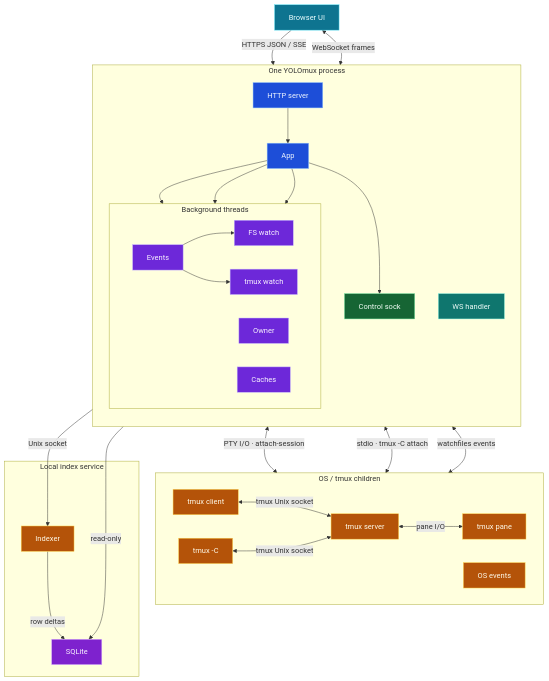
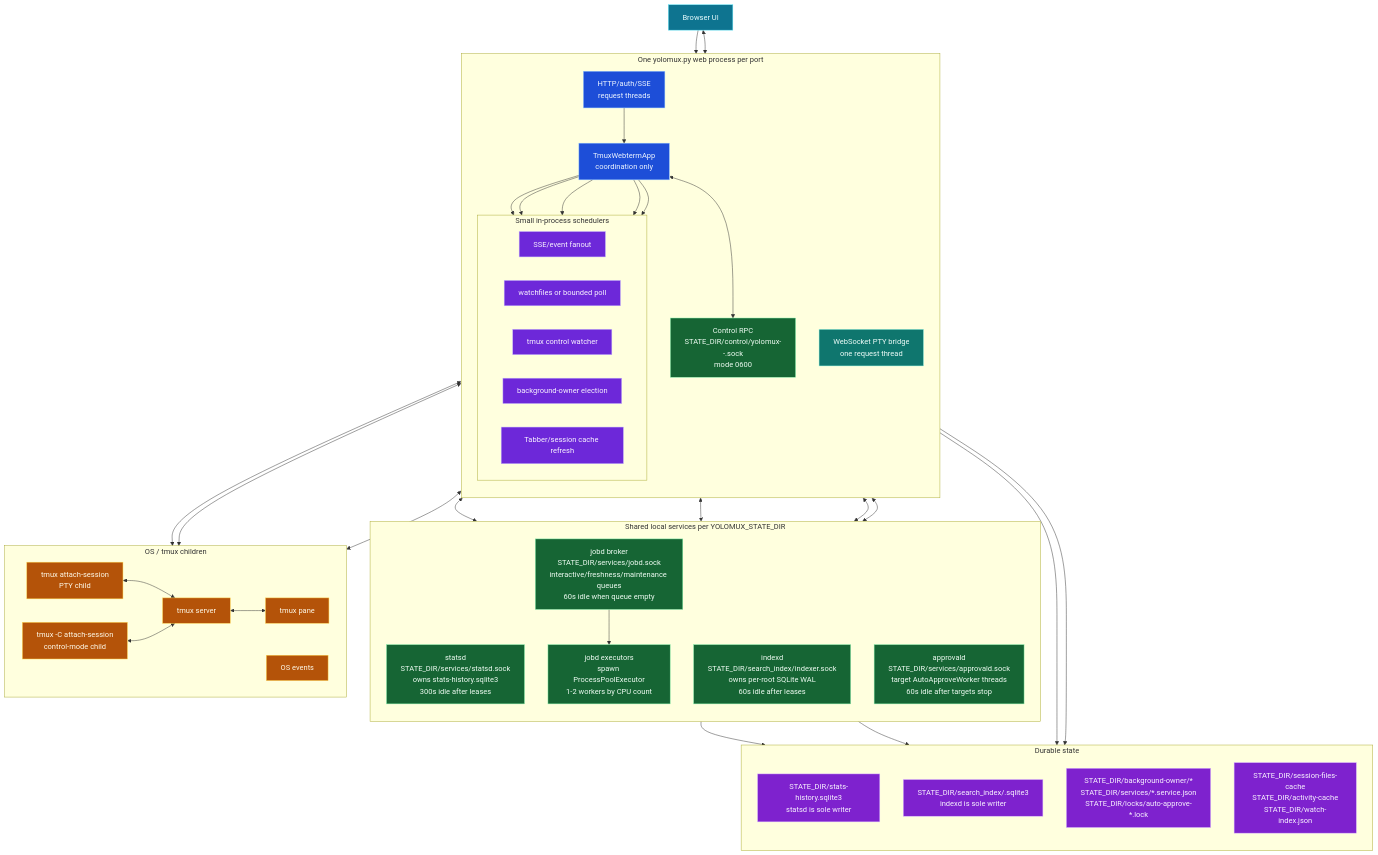
One commit to keivenchang/yolomux changed the first of 3 diagrams in README.md. Above: the diagram before and after it, drawn with Mermaid. The commit also changed other lines of this file and 107 other files, not shown here.

Commit message:
Move heavy YOLOmux work into local services

````diff
--- a/README.md
+++ b/README.md
@@ -38,56 +38,73 @@
 flowchart TB
   browser["Browser UI"]
 
-  subgraph server["One YOLOmux process"]
+  subgraph server["One yolomux.py web process per port"]
     direction TB
-    http["HTTP server"]
-    app["App"]
+    http["HTTP/auth/SSE\nrequest threads"]
+    app["TmuxWebtermApp\ncoordination only"]
+    bridge["WebSocket PTY bridge\none request thread"]
+    control["Control RPC\nSTATE_DIR/control/yolomux-<pid>-<token>.sock\nmode 0600"]
 
-    subgraph worker["Background threads"]
+    subgraph schedulers["Small in-process schedulers"]
       direction LR
-      events["Events"]
-      native["FS watch"]
-      signals["tmux watch"]
-      owner["Owner"]
-      work["Caches"]
+      events["SSE/event fanout"]
+      native["watchfiles or bounded poll"]
+      signals["tmux control watcher"]
+      owner["background-owner election"]
+      caches["Tabber/session cache refresh"]
     end
-
-    bridge["WS handler"]
-    control["Control sock"]
   end
 
-  subgraph children["OS / tmux children"]
+  subgraph services["Shared local services per YOLOMUX_STATE_DIR"]
+    direction TB
+    statsd["statsd\nSTATE_DIR/services/statsd.sock\nowns stats-history.sqlite3\n300s idle after leases"]
+    indexd["indexd\nSTATE_DIR/search_index/indexer.sock\nowns per-root SQLite WAL\n60s idle after leases"]
+    jobd["jobd broker\nSTATE_DIR/services/jobd.sock\ninteractive/freshness/maintenance queues\n60s idle when queue empty"]
+    execs["jobd executors\nspawn ProcessPoolExecutor\n1-2 workers by CPU count"]
+    approvald["approvald\nSTATE_DIR/services/approvald.sock\ntarget AutoApproveWorker threads\n60s idle after targets stop"]
+    jobd --> execs
+  end
+
+  subgraph tmuxsys["OS / tmux children"]
     direction LR
-    attach["tmux client"]
-    tmuxctl["tmux -C"]
+    attach["tmux attach-session\nPTY child"]
+    tmuxctl["tmux -C attach-session\ncontrol-mode child"]
     tmuxd["tmux server"]
     pane["tmux pane"]
     fs["OS events"]
   end
 
-  subgraph durable["Local index service"]
-    indexer["Indexer"]
-    db["SQLite"]
+  subgraph durable["Durable state"]
+    direction TB
+    statsdb["STATE_DIR/stats-history.sqlite3\nstatsd is sole writer"]
+    indexdb["STATE_DIR/search_index/<digest>.sqlite3\nindexd is sole writer"]
+    locks["STATE_DIR/background-owner/*\nSTATE_DIR/services/*.service.json\nSTATE_DIR/locks/auto-approve-*.lock"]
+    caches_state["STATE_DIR/session-files-cache\nSTATE_DIR/activity-cache\nSTATE_DIR/watch-index.json"]
   end
 
-  browser -->|"HTTPS JSON / SSE"| http
-  browser <-->|"WebSocket frames"| bridge
+  browser --> http
+  browser <--> bridge
   http --> app
   app --> events
-  events --> native
-  events --> signals
+  app --> native
+  app --> signals
   app --> owner
-  app --> work
-  app -->|"Unix socket"| indexer
-  indexer -->|"row deltas"| db
-  app -->|"read-only"| db
-  bridge <-->|"PTY I/O · attach-session"| attach
-  attach <-->|"tmux Unix socket"| tmuxd
-  signals <-->|"stdio · tmux -C attach"| tmuxctl
-  tmuxctl <-->|"tmux Unix socket"| tmuxd
-  tmuxd <-->|"pane I/O"| pane
-  native <-->|"watchfiles events"| fs
-  app --> control
+  app --> caches
+  app <--> control
+  app <--> statsd
+  app <--> indexd
+  app <--> jobd
+  app <--> approvald
+  statsd --> statsdb
+  indexd --> indexdb
+  app --> locks
+  app --> caches_state
+  bridge <--> attach
+  attach <--> tmuxd
+  signals <--> tmuxctl
+  tmuxctl <--> tmuxd
+  tmuxd <--> pane
+  native <--> fs
 
   classDef client fill:#0e7490,stroke:#67e8f9,color:#ecfeff
   classDef core fill:#1d4ed8,stroke:#93c5fd,color:#eff6ff
@@ -98,10 +115,9 @@
   classDef database fill:#7e22ce,stroke:#d8b4fe,color:#faf5ff
   class browser client
   class http,app core
-  class events,native,signals,owner,work worker
+  class events,native,signals,owner,caches worker
   class bridge request
   class attach,tmuxctl,tmuxd,pane,fs child
-  class control local
-  class indexer child
-  class db database
+  class control,statsd,indexd,jobd,execs,approvald local
+  class statsdb,indexdb,locks,caches_state database
 ```
````
